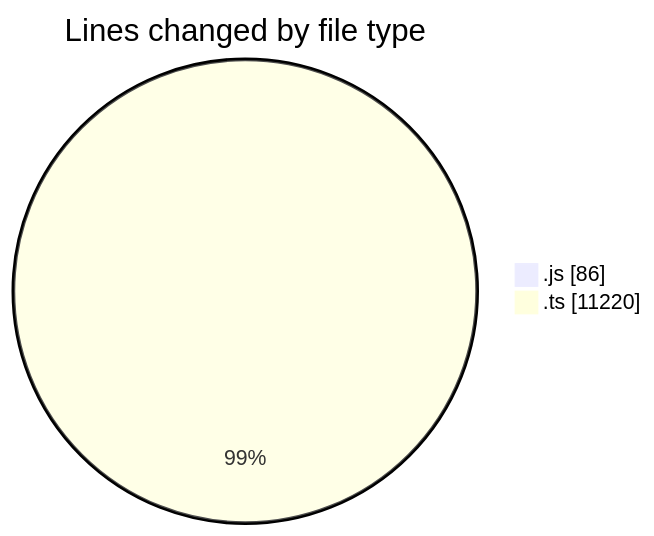
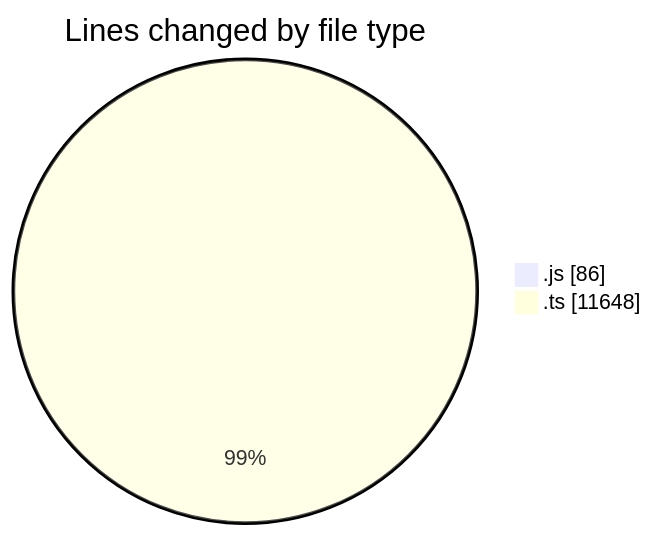
Before and after one commit to momahboobian/code-tracking: the first of 2 diagrams in 2025-05-21/cda/README.md, drawn with Mermaid. The commit also changed other lines of this file and 1 other file, not shown here.

````diff
--- a/2025-05-21/cda/README.md
+++ b/2025-05-21/cda/README.md
@@ -22,6 +24,6 @@
 ```mermaid
 pie showData
 title Lines changed by file type
 ".js" : 86
-".ts" : 11220
+".ts" : 11648
 ```
````
